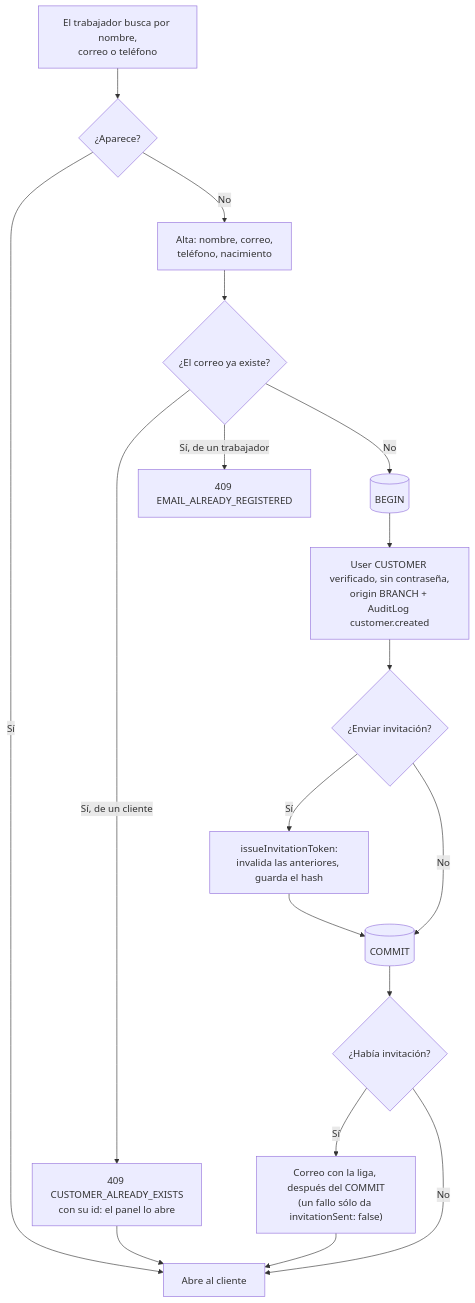
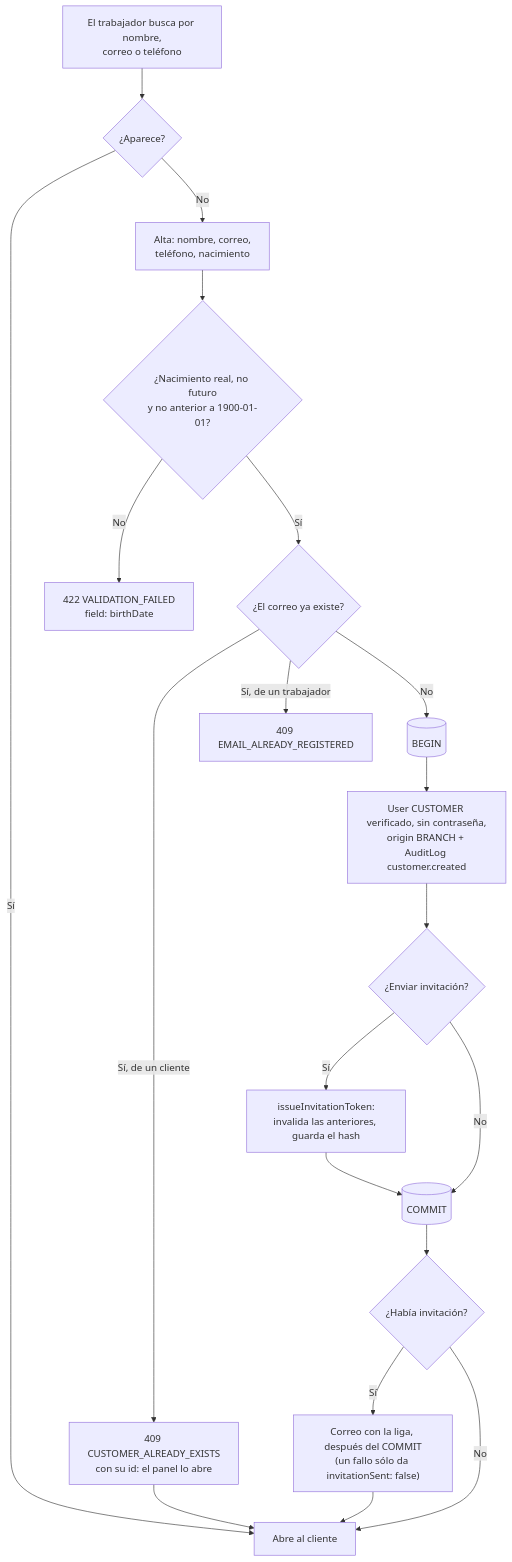
One commit to erickgs2/ruta_mochilera changed the first of 5 diagrams in docs/diagrams/counter-sale.md. Above: the diagram before and after it, drawn with Mermaid. The commit also changed other lines of this file, not shown here.

First line of the commit message:
docs(customers): show the birth-date check in the counter-sale diagram

````diff
--- a/docs/diagrams/counter-sale.md
+++ b/docs/diagrams/counter-sale.md
@@ -9,20 +9,22 @@
 ```mermaid
 flowchart TD
     A["El trabajador busca por nombre,<br/>correo o teléfono"] --> B{"¿Aparece?"}
     B -- Sí --> C["Abre al cliente"]
     B -- No --> D["Alta: nombre, correo,<br/>teléfono, nacimiento"]
-    D --> E{"¿El correo ya existe?"}
+    D --> V{"¿Nacimiento real, no futuro<br/>y no anterior a 1900-01-01?"}
+    V -- No --> W["422 VALIDATION_FAILED<br/>field: birthDate"]
+    V -- Sí --> E{"¿El correo ya existe?"}
     E -- "Sí, de un cliente" --> F["409 CUSTOMER_ALREADY_EXISTS<br/>con su id: el panel lo abre"]
     F --> C
     E -- "Sí, de un trabajador" --> X["409 EMAIL_ALREADY_REGISTERED"]
     E -- No --> G[("BEGIN")]
     G --> H["User CUSTOMER verificado, sin contraseña,<br/>origin BRANCH + AuditLog customer.created"]
     H --> I{"¿Enviar invitación?"}
     I -- Sí --> J["issueInvitationToken:<br/>invalida las anteriores, guarda el hash"]
     I -- No --> K[("COMMIT")]
     J --> K
     K --> L{"¿Había invitación?"}
     L -- Sí --> M["Correo con la liga, después del COMMIT<br/>(un fallo sólo da invitationSent: false)"]
     L -- No --> C
     M --> C
 ```
````
